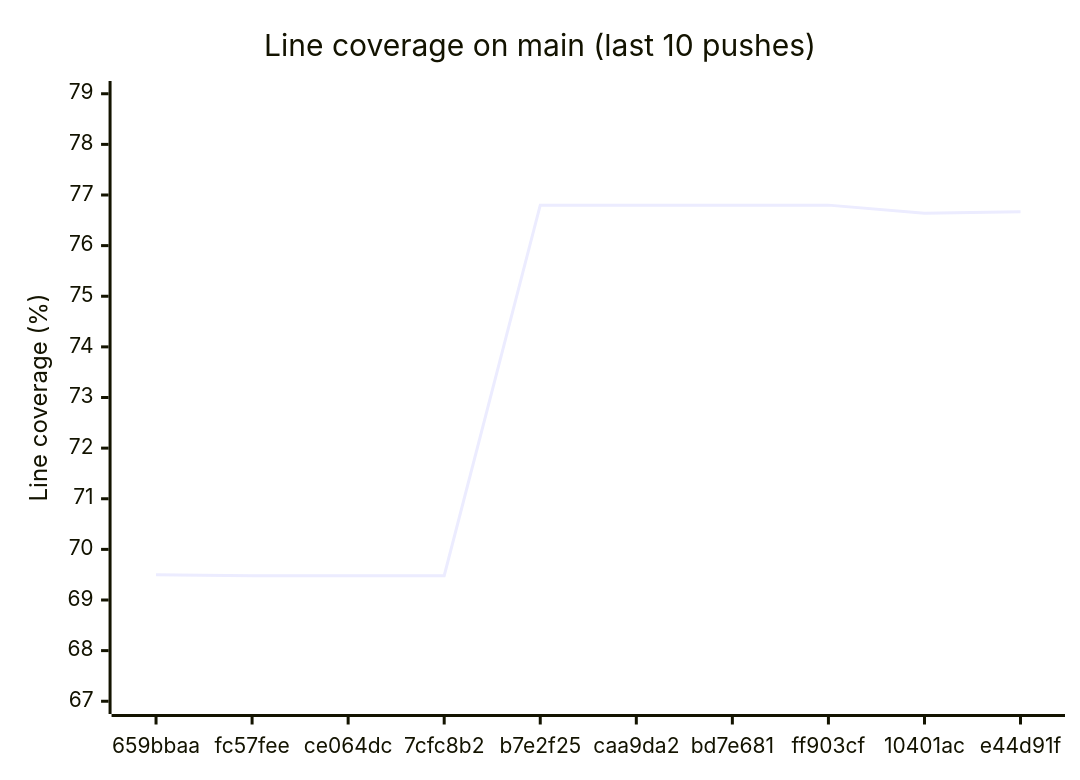
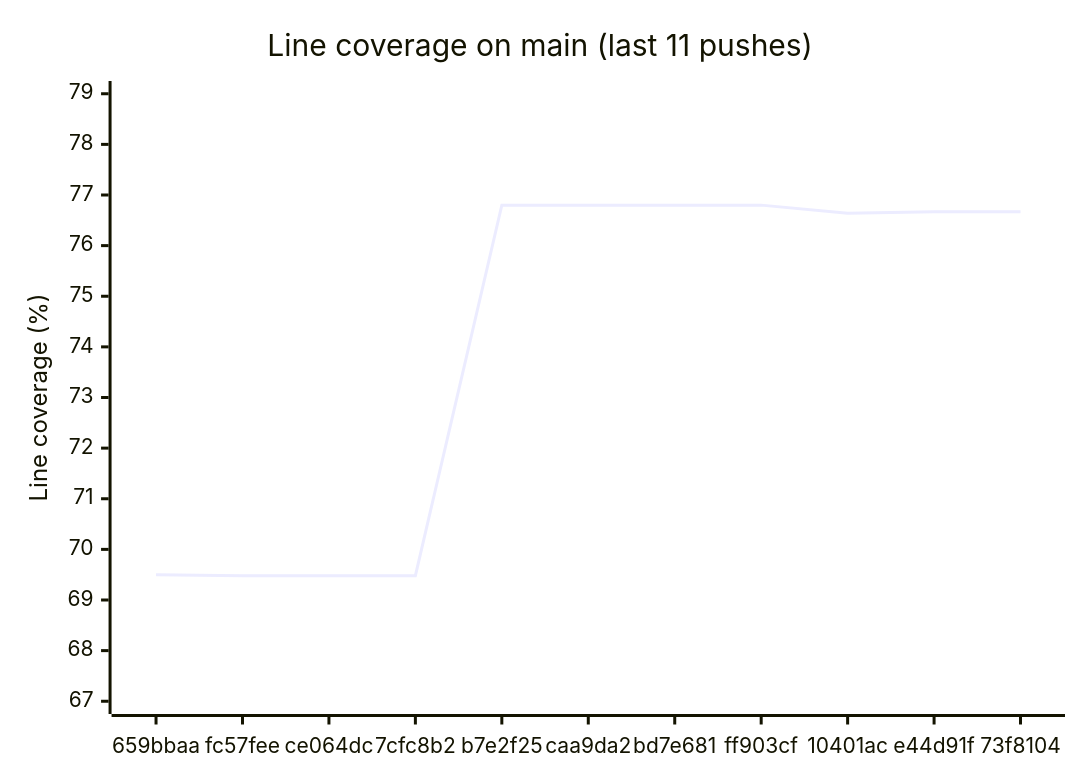
The diagram in README.md (enaweg/godot-epluginframework), drawn with Mermaid before and after one commit. The commit also changed other lines of this file and 2 other files, not shown here.

Commit message:
chore: record coverage of 73f8104

````diff
--- a/README.md
+++ b/README.md
@@ -9,7 +9,7 @@
 ```mermaid
 xychart-beta
-    title "Line coverage on main (last 10 pushes)"
-    x-axis ["659bbaa", "fc57fee", "ce064dc", "7cfc8b2", "b7e2f25", "caa9da2", "bd7e681", "ff903cf", "10401ac", "e44d91f"]
+    title "Line coverage on main (last 11 pushes)"
+    x-axis ["659bbaa", "fc57fee", "ce064dc", "7cfc8b2", "b7e2f25", "caa9da2", "bd7e681", "ff903cf", "10401ac", "e44d91f", "73f8104"]
     y-axis "Line coverage (%)" 67 --> 79
-    line [69.50, 69.48, 69.48, 69.48, 76.80, 76.80, 76.80, 76.80, 76.64, 76.67]
+    line [69.50, 69.48, 69.48, 69.48, 76.80, 76.80, 76.80, 76.80, 76.64, 76.67, 76.67]
 ```
````
